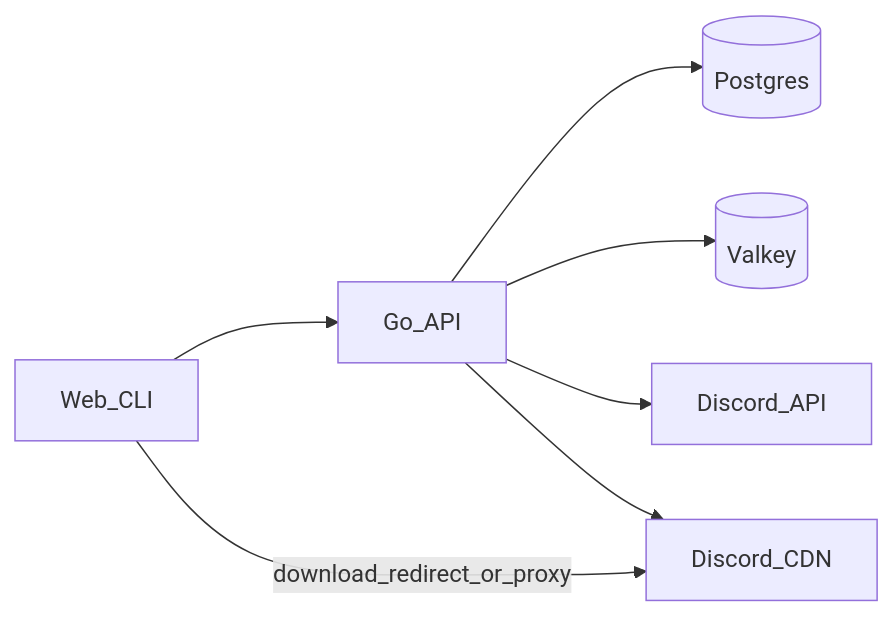
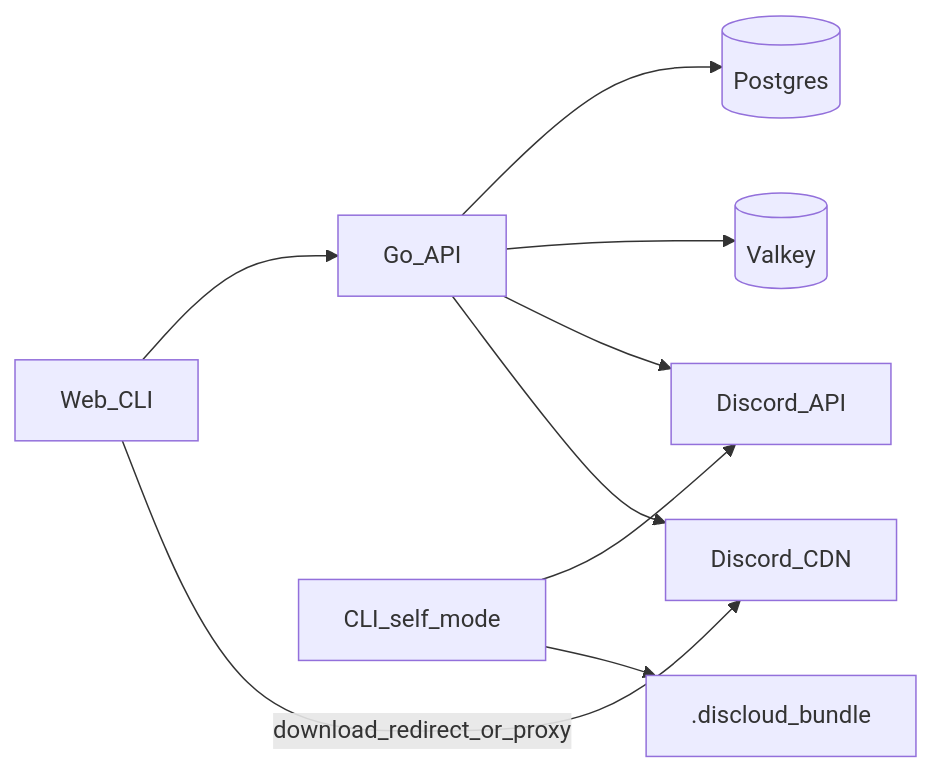
Before and after one commit to mewisme/discloud-go: the diagram in docs/architecture.md, drawn with Mermaid. The commit also changed other lines of this file and 51 other files, not shown here.

First line of the commit message:
feat(cli): add self-managed Discord upload mode

````diff
--- a/docs/architecture.md
+++ b/docs/architecture.md
@@ -21,9 +23,11 @@
 ```mermaid
 flowchart LR
   clients[Web_CLI] --> api[Go_API]
   api --> pg[(Postgres)]
   api --> vk[(Valkey)]
   api --> discord[Discord_API]
   clients -->|download_redirect_or_proxy| cdn[Discord_CDN]
   api --> cdn
+  cliSelf[CLI_self_mode] --> discord
+  cliSelf --> bundle[".discloud_bundle"]
 ```
````
